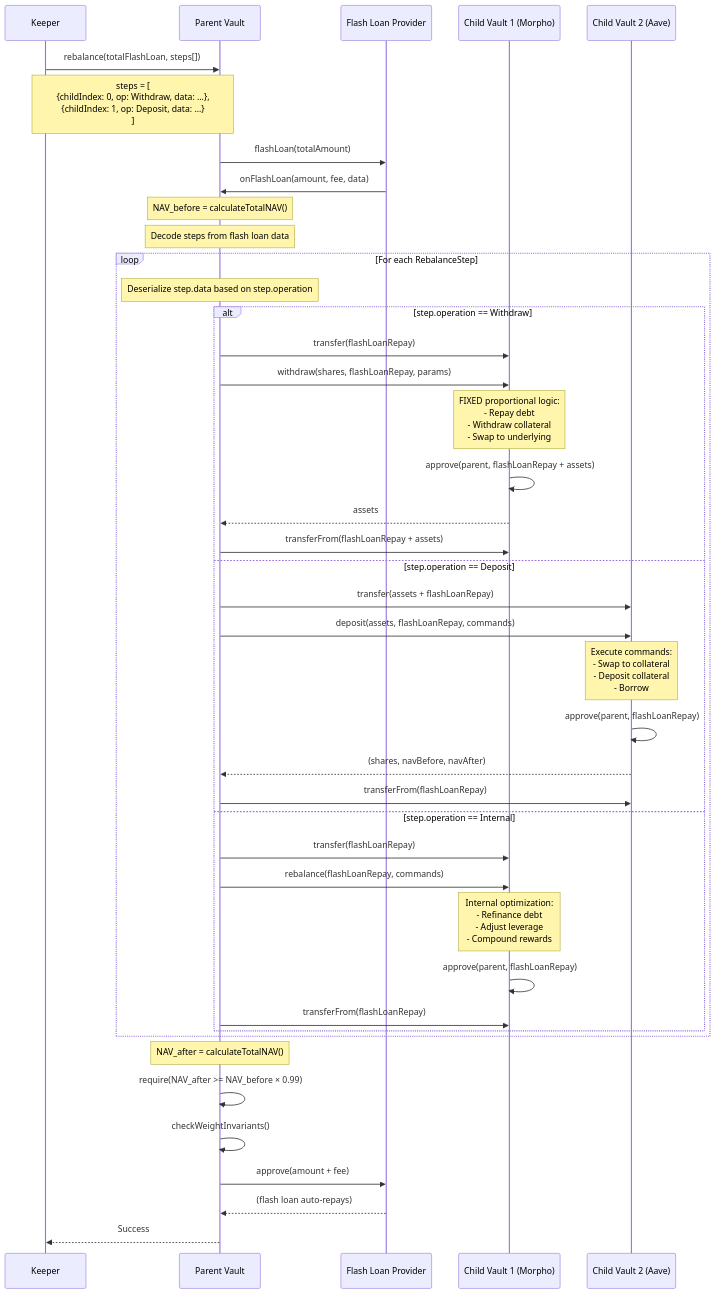
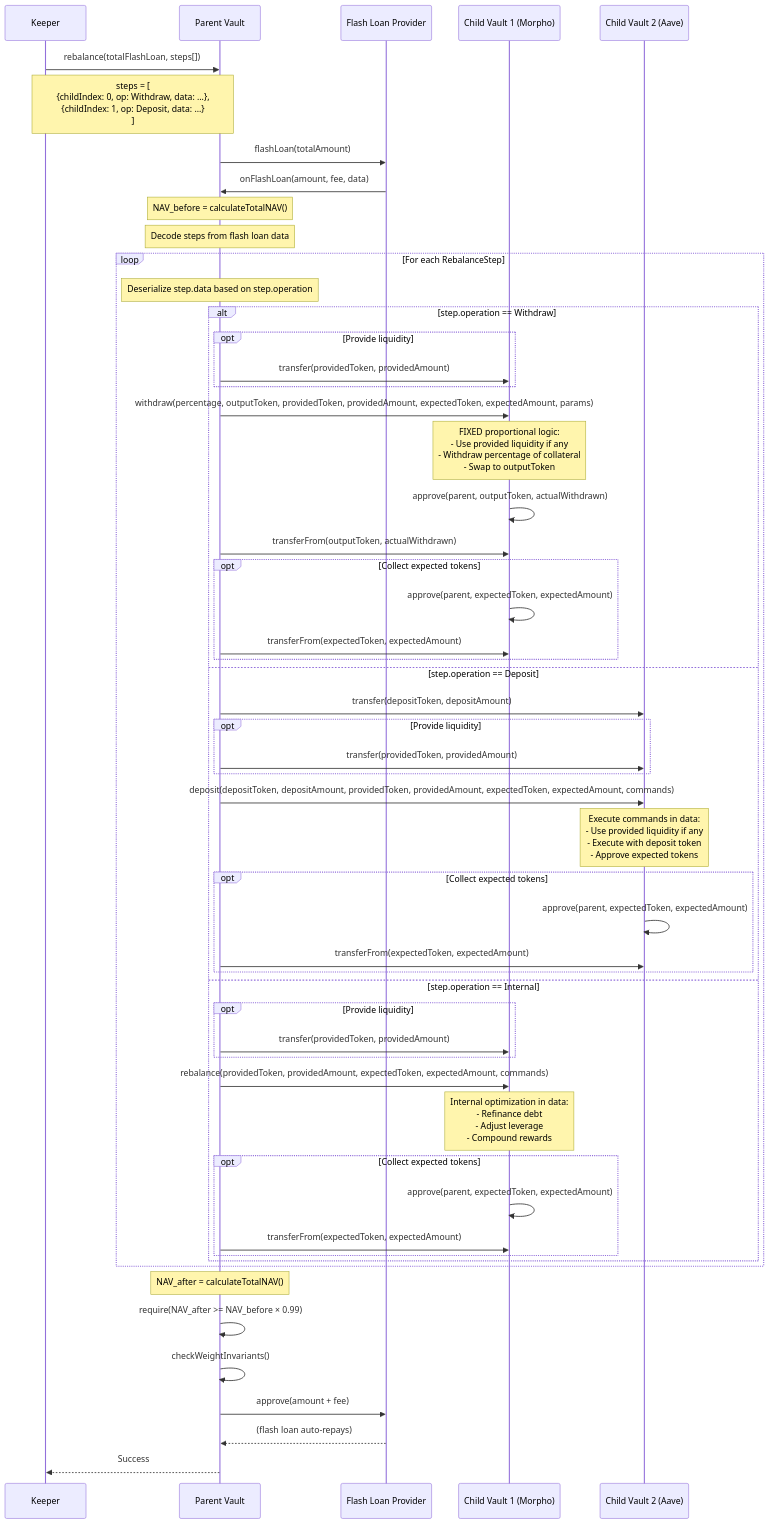
Before and after one commit to evgenynacu/leveraged-defi-strategy-contracts: the third of 3 diagrams in docs/adr/0005-deposit-withdrawal-settlement.md, drawn with Mermaid. The commit also changed other lines of this file and 3 other files, not shown here.

Commit message:
fix: new Child Strategy interface (multi-token debts, provided/expected token amounts)

````diff
--- a/docs/adr/0005-deposit-withdrawal-settlement.md
+++ b/docs/adr/0005-deposit-withdrawal-settlement.md
@@ -268,64 +320,78 @@
 ```mermaid
 sequenceDiagram
     participant K as Keeper
     participant P as Parent Vault
     participant FL as Flash Loan Provider
     participant C1 as Child Vault 1 (Morpho)
     participant C2 as Child Vault 2 (Aave)
 
     K->>P: rebalance(totalFlashLoan, steps[])
 
     Note over K,P: steps = [<br/>  {childIndex: 0, op: Withdraw, data: ...},<br/>  {childIndex: 1, op: Deposit, data: ...}<br/>]
 
     P->>FL: flashLoan(totalAmount)
 
     FL->>P: onFlashLoan(amount, fee, data)
 
     Note over P: NAV_before = calculateTotalNAV()
 
     Note over P: Decode steps from flash loan data
 
     loop For each RebalanceStep
         Note over P: Deserialize step.data based on step.operation
 
         alt step.operation == Withdraw
-            P->>C1: transfer(flashLoanRepay)
-            P->>C1: withdraw(shares, flashLoanRepay, params)
+            opt Provide liquidity
+                P->>C1: transfer(providedToken, providedAmount)
+            end
+            P->>C1: withdraw(percentage, outputToken, providedToken, providedAmount, expectedToken, expectedAmount, params)
 
-            Note over C1: FIXED proportional logic:<br/>- Repay debt<br/>- Withdraw collateral<br/>- Swap to underlying
+            Note over C1: FIXED proportional logic:<br/>- Use provided liquidity if any<br/>- Withdraw percentage of collateral<br/>- Swap to outputToken
 
-            C1->>C1: approve(parent, flashLoanRepay + assets)
-            C1-->>P: assets
-            P->>C1: transferFrom(flashLoanRepay + assets)
+            C1->>C1: approve(parent, outputToken, actualWithdrawn)
+            P->>C1: transferFrom(outputToken, actualWithdrawn)
+
+            opt Collect expected tokens
+                C1->>C1: approve(parent, expectedToken, expectedAmount)
+                P->>C1: transferFrom(expectedToken, expectedAmount)
+            end
 
         else step.operation == Deposit
-            P->>C2: transfer(assets + flashLoanRepay)
-            P->>C2: deposit(assets, flashLoanRepay, commands)
+            P->>C2: transfer(depositToken, depositAmount)
+            opt Provide liquidity
+                P->>C2: transfer(providedToken, providedAmount)
+            end
+            P->>C2: deposit(depositToken, depositAmount, providedToken, providedAmount, expectedToken, expectedAmount, commands)
 
-            Note over C2: Execute commands:<br/>- Swap to collateral<br/>- Deposit collateral<br/>- Borrow
+            Note over C2: Execute commands in data:<br/>- Use provided liquidity if any<br/>- Execute with deposit token<br/>- Approve expected tokens
 
-            C2->>C2: approve(parent, flashLoanRepay)
-            C2-->>P: (shares, navBefore, navAfter)
-            P->>C2: transferFrom(flashLoanRepay)
+            opt Collect expected tokens
+                C2->>C2: approve(parent, expectedToken, expectedAmount)
+                P->>C2: transferFrom(expectedToken, expectedAmount)
+            end
 
         else step.operation == Internal
-            P->>C1: transfer(flashLoanRepay)
-            P->>C1: rebalance(flashLoanRepay, commands)
+            opt Provide liquidity
+                P->>C1: transfer(providedToken, providedAmount)
+            end
+            P->>C1: rebalance(providedToken, providedAmount, expectedToken, expectedAmount, commands)
 
-            Note over C1: Internal optimization:<br/>- Refinance debt<br/>- Adjust leverage<br/>- Compound rewards
+            Note over C1: Internal optimization in data:<br/>- Refinance debt<br/>- Adjust leverage<br/>- Compound rewards
 
-            C1->>C1: approve(parent, flashLoanRepay)
-            P->>C1: transferFrom(flashLoanRepay)
+            opt Collect expected tokens
+                C1->>C1: approve(parent, expectedToken, expectedAmount)
+                P->>C1: transferFrom(expectedToken, expectedAmount)
+            end
         end
     end
 
     Note over P: NAV_after = calculateTotalNAV()
 
     P->>P: require(NAV_after >= NAV_before × 0.99)
     P->>P: checkWeightInvariants()
 
     P->>FL: approve(amount + fee)
     FL-->>P: (flash loan auto-repays)
 
     P-->>K: Success
 ```
````
